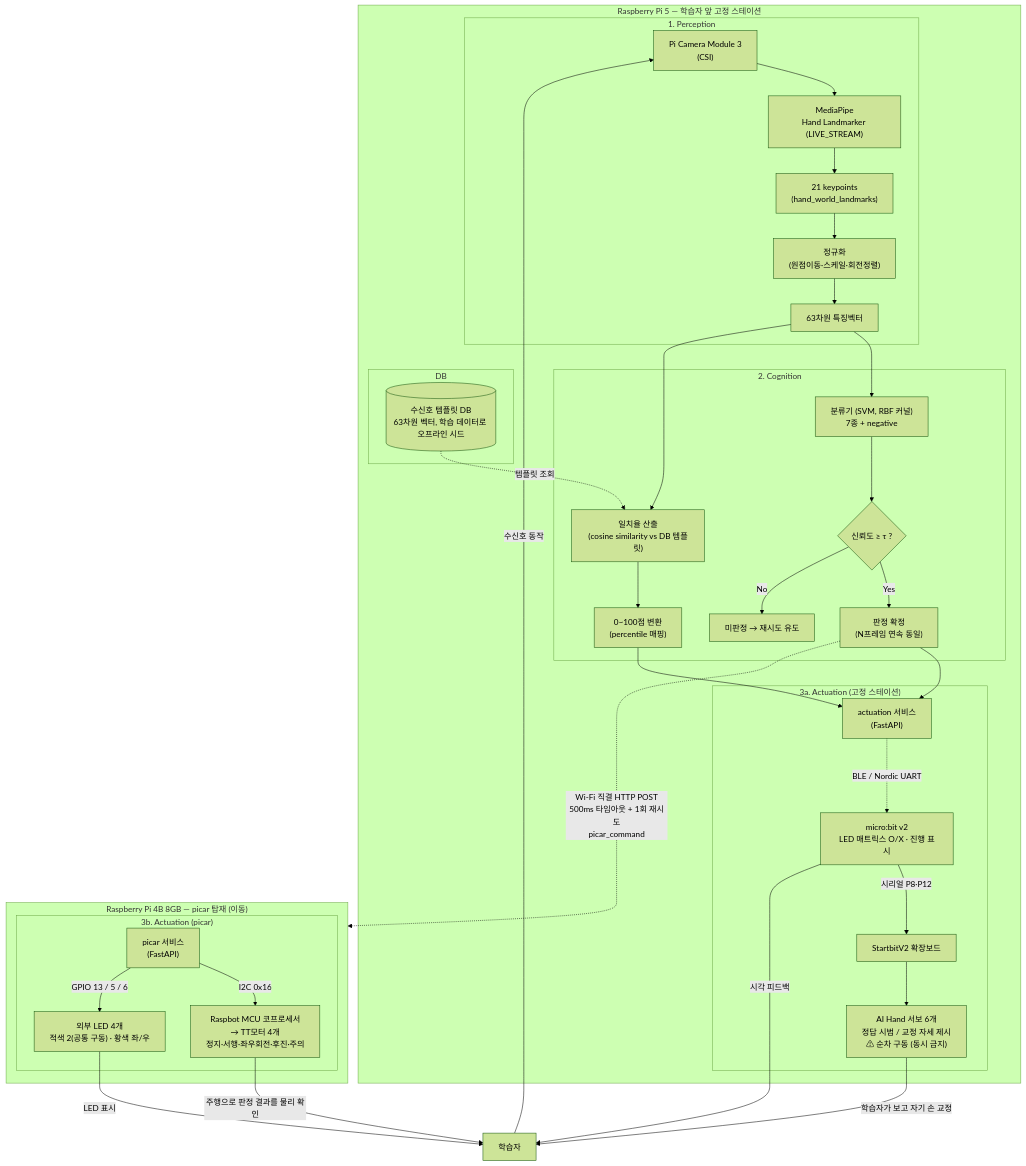
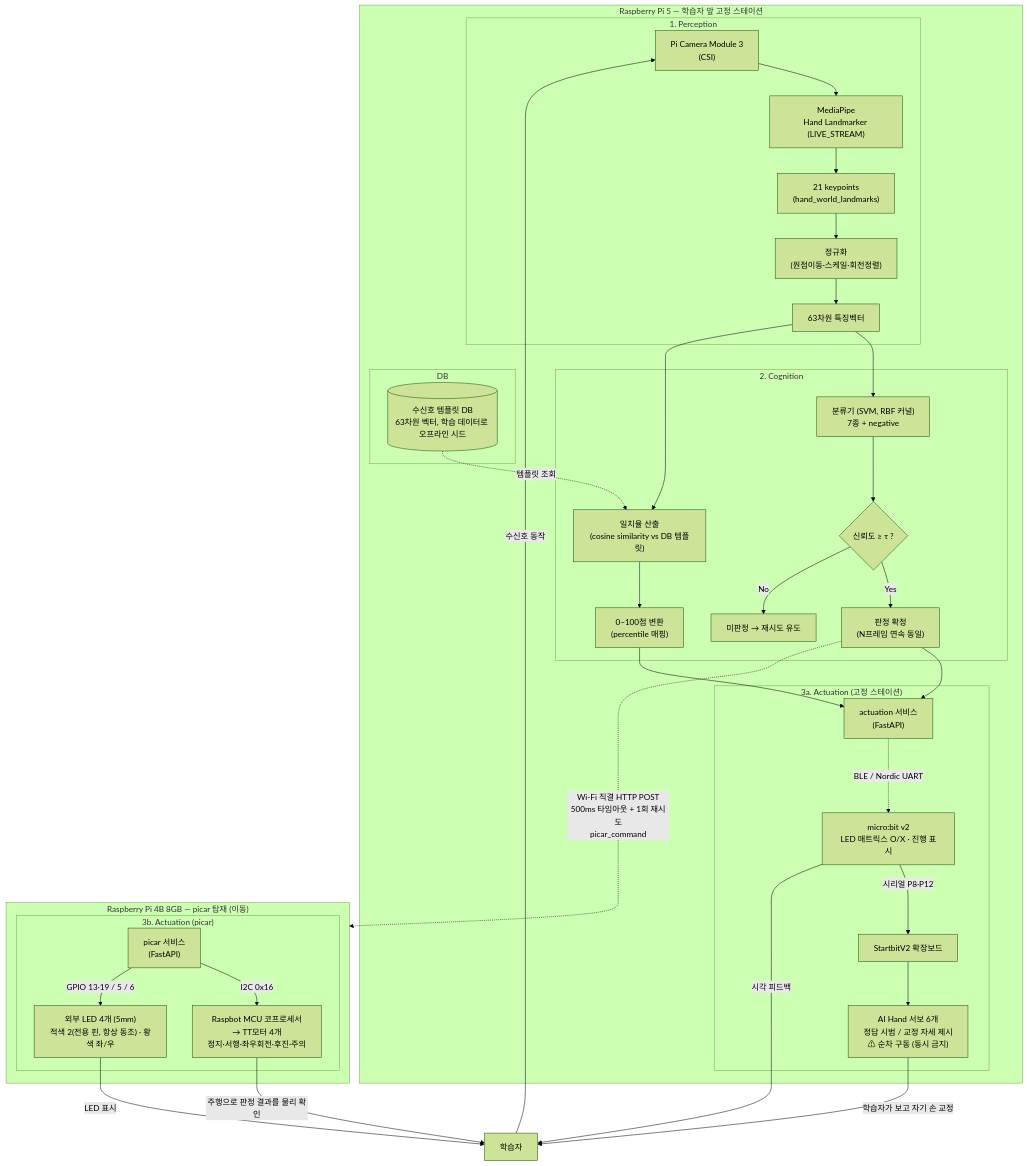
Before and after one commit to Lee35678/SafeSign_PhysicalAI: the diagram in document/시스템_구성도_초안.md, drawn with Mermaid (forest theme). The commit also changed other lines of this file and 33 other files, not shown here.

````diff
--- a/document/시스템_구성도_초안.md
+++ b/document/시스템_구성도_초안.md
@@ -30,49 +30,49 @@
 ```mermaid
 flowchart TD
     subgraph RPI5["Raspberry Pi 5 — 학습자 앞 고정 스테이션"]
         subgraph PERCEPTION["1. Perception"]
             D["Pi Camera Module 3<br/>(CSI)"] --> E["MediaPipe<br/>Hand Landmarker (LIVE_STREAM)"]
             E --> F["21 keypoints<br/>(hand_world_landmarks)"]
             F --> G["정규화<br/>(원점이동·스케일·회전정렬)"]
             G --> H["63차원 특징벡터"]
         end
 
         subgraph COGNITION["2. Cognition"]
             H --> I["분류기 (SVM, RBF 커널)<br/>7종 + negative"]
             H --> J["일치율 산출<br/>(cosine similarity vs DB 템플릿)"]
             I --> K{"신뢰도 ≥ τ ?"}
             K -->|Yes| L["판정 확정<br/>(N프레임 연속 동일)"]
             K -->|No| M["미판정 → 재시도 유도"]
             J --> N["0~100점 변환<br/>(percentile 매핑)"]
         end
 
         subgraph DB["DB"]
             O[(수신호 템플릿 DB<br/>63차원 벡터, 학습 데이터로 오프라인 시드)]
         end
         O -.템플릿 조회.-> J
 
         subgraph ACTUATION_LOCAL["3a. Actuation (고정 스테이션)"]
             L --> S1["actuation 서비스<br/>(FastAPI)"]
             N --> S1
             S1 -.BLE / Nordic UART.-> S2["micro:bit v2<br/>LED 매트릭스 O/X · 진행 표시"]
             S2 -->|"시리얼 P8·P12"| S3["StartbitV2 확장보드"]
             S3 --> S4["AI Hand 서보 6개<br/>정답 시범 / 교정 자세 제시<br/>⚠ 순차 구동 (동시 금지)"]
         end
     end
 
     L -.Wi-Fi 직결 HTTP POST<br/>500ms 타임아웃 + 1회 재시도<br/>picar_command.-> RPI4B
 
     subgraph RPI4B["Raspberry Pi 4B 8GB — picar 탑재 (이동)"]
         subgraph ACTUATION_PICAR["3b. Actuation (picar)"]
             R1["picar 서비스<br/>(FastAPI)"]
             R1 -->|"I2C 0x16"| R2["Raspbot MCU 코프로세서<br/>→ TT모터 4개<br/>정지·서행·좌우회전·후진·주의"]
-            R1 -->|"GPIO 13 / 5 / 6"| R3["외부 LED 4개<br/>적색 2(공통 구동) · 황색 좌/우"]
+            R1 -->|"GPIO 13·19 / 5 / 6"| R3["외부 LED 4개 (5mm)<br/>적색 2(전용 핀, 항상 동조) · 황색 좌/우"]
         end
     end
 
     A[학습자] -->|수신호 동작| D
     S4 -->|학습자가 보고 자기 손 교정| A
     S2 -->|시각 피드백| A
     R2 -->|주행으로 판정 결과를 물리 확인| A
     R3 -->|LED 표시| A
 ```
````
